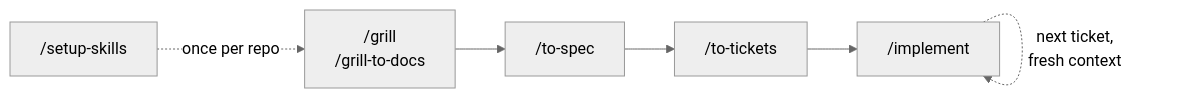
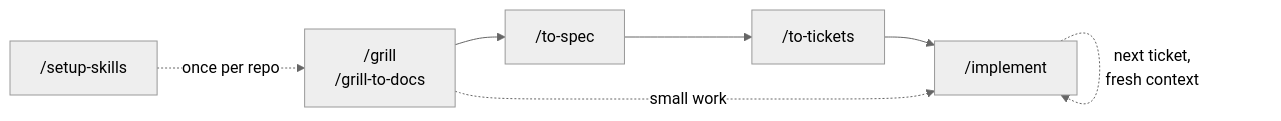
The diagram in README.md (loijilai/skills), drawn with Mermaid (neutral theme) before and after one commit. The commit also changed other lines of this file and 4 other files, not shown here.

````diff
--- a/README.md
+++ b/README.md
@@ -23,8 +23,9 @@
 ```mermaid
 flowchart LR
     S["/setup-skills"] -. "once per repo" .-> G
     G["/grill<br/>/grill-to-docs"] --> TS["/to-spec"]
     TS --> TT["/to-tickets"]
     TT --> IM["/implement"]
+    G -. "small work" .-> IM
     IM -. "next ticket,<br/>fresh context" .-> IM
 ```
````
